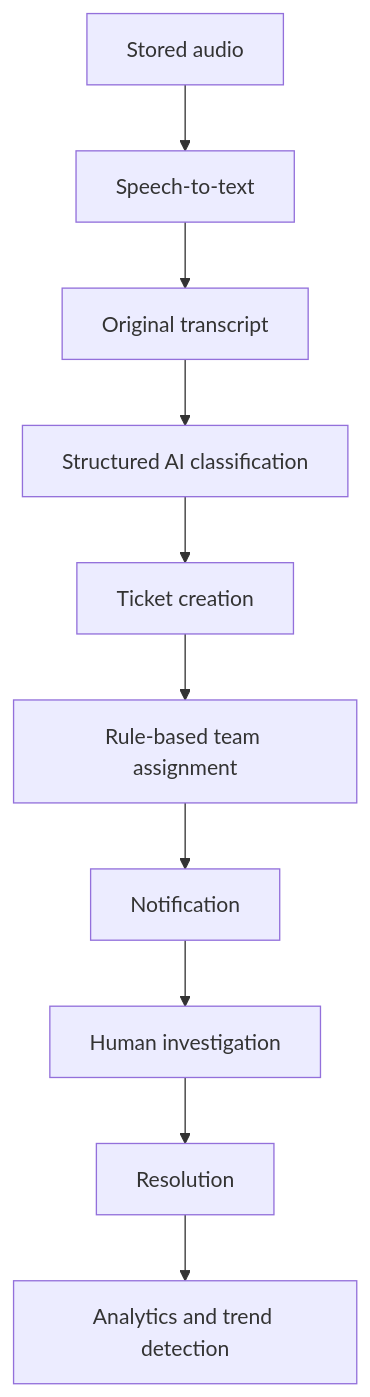
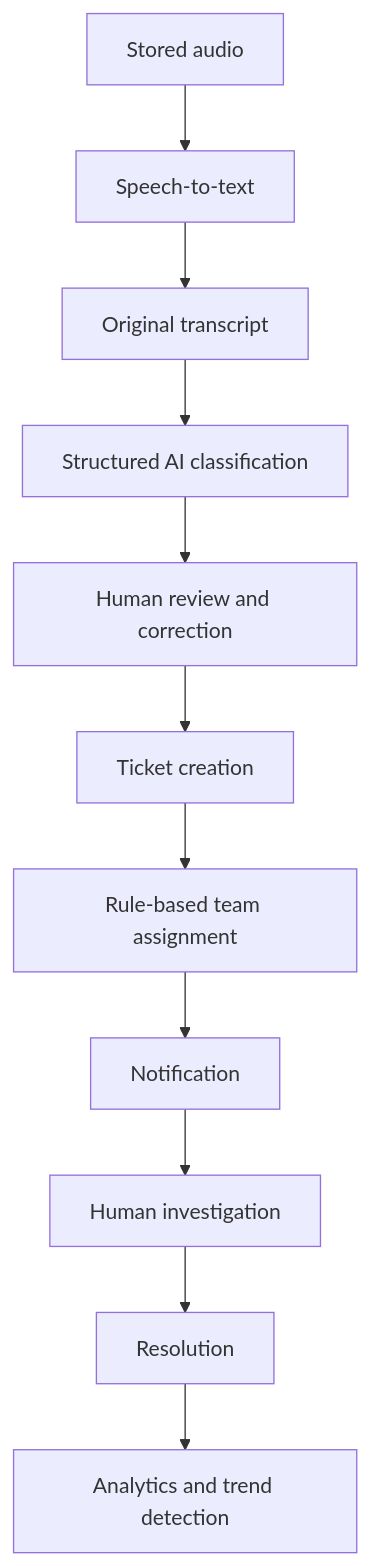
The second of 2 diagrams in docs/architecture.md (exshelby/voice2action), drawn with Mermaid before and after one commit. The commit also changed other lines of this file and 25 other files, not shown here.

````diff
--- a/docs/architecture.md
+++ b/docs/architecture.md
@@ -85,12 +85,13 @@
 ```mermaid
 flowchart TD
     A[Stored audio] --> B[Speech-to-text]
     B --> C[Original transcript]
     C --> D[Structured AI classification]
-    D --> E[Ticket creation]
-    E --> F[Rule-based team assignment]
-    F --> G[Notification]
-    G --> H[Human investigation]
-    H --> I[Resolution]
-    I --> J[Analytics and trend detection]
+    D --> E[Human review and correction]
+    E --> F[Ticket creation]
+    F --> G[Rule-based team assignment]
+    G --> H[Notification]
+    H --> I[Human investigation]
+    I --> J[Resolution]
+    J --> K[Analytics and trend detection]
 ```
````
